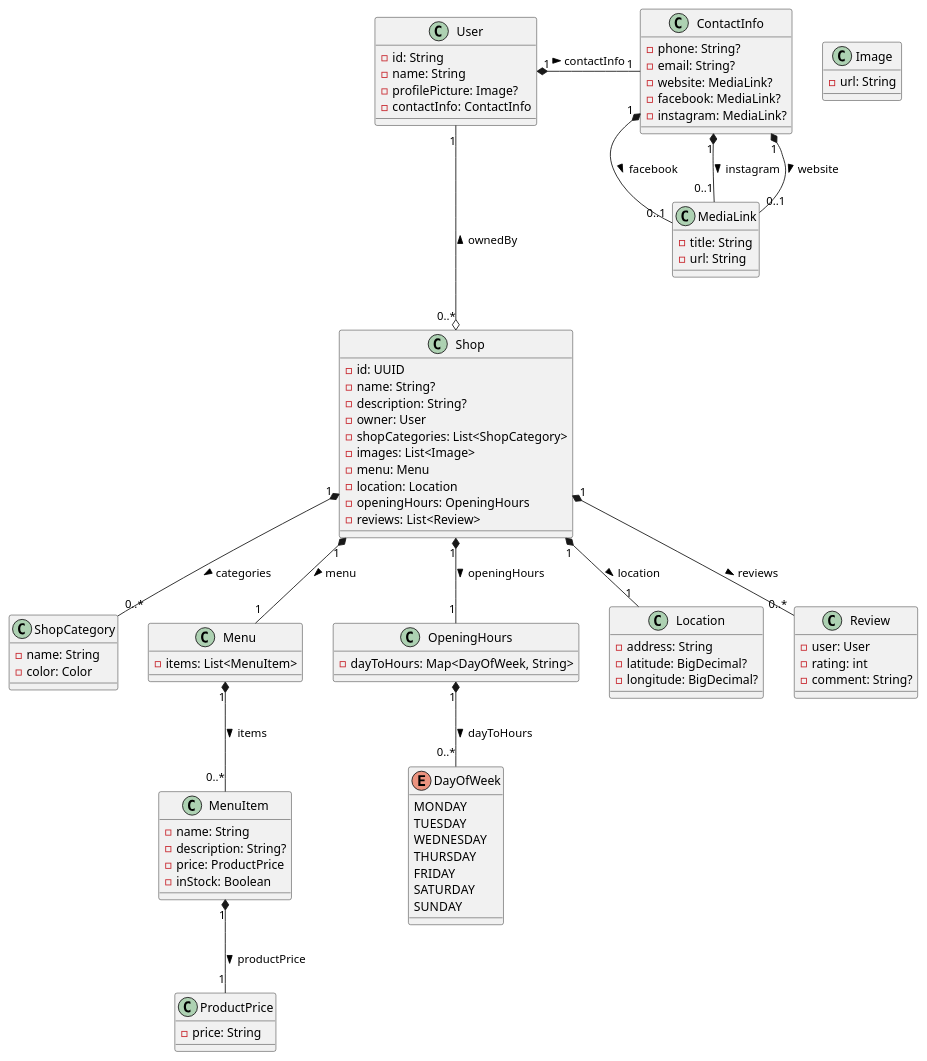
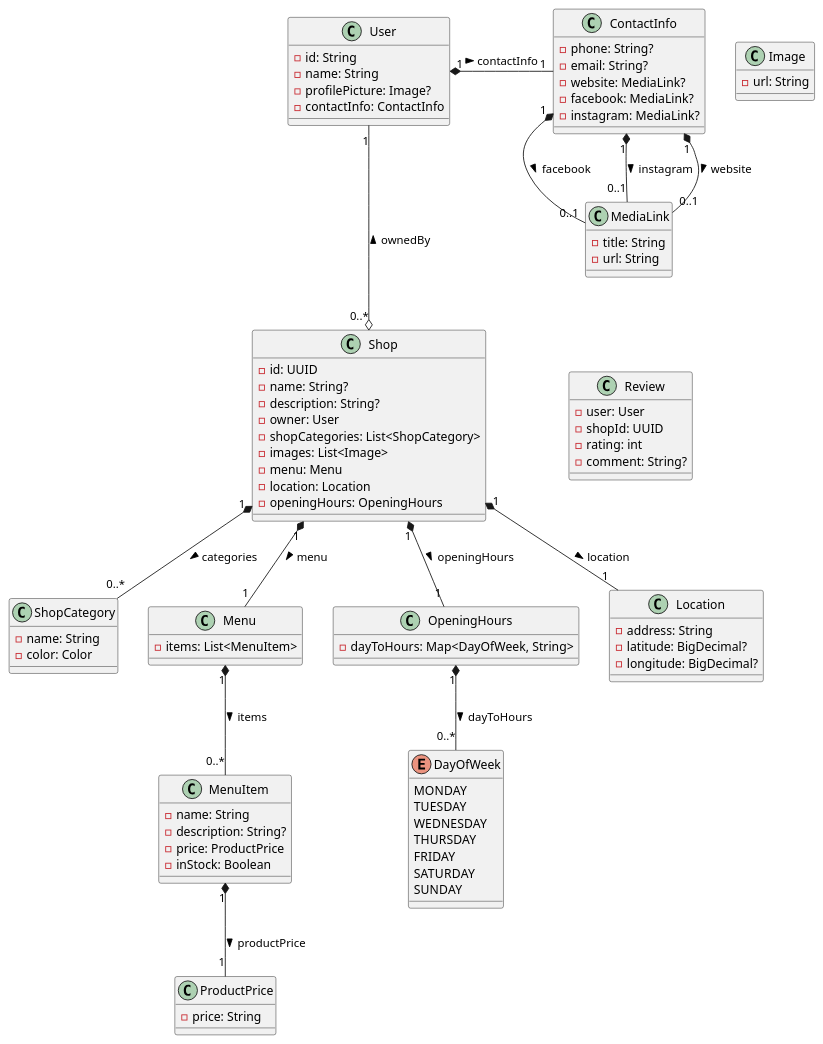
Before and after one commit to tondracek/my-farmer: the diagram in docs/diagram/class.puml, drawn with PlantUML.

Commit message:
separated review from shop

```diff
--- a/docs/diagram/class.puml
+++ b/docs/diagram/class.puml
@@ -1,127 +1,127 @@
 @startuml
 
 skinparam backgroundColor #FFFFFF
 
 class User {
     - id: String
     - name: String
     - profilePicture: Image?
     - contactInfo: ContactInfo
 }
 
 ' ----------------------------------- '
 
 class ContactInfo {
     - phone: String?
     - email: String?
     - website: MediaLink?
     - facebook: MediaLink?
     - instagram: MediaLink?
 }
 
 User "1" *- "1" ContactInfo : contactInfo >
 
 ' ----------------------------------- '
 
 class MediaLink {
     - title: String
     - url: String
 }
 
 ContactInfo "1" *-- "0..1" MediaLink : facebook >
 ContactInfo "1" *-- "0..1" MediaLink : instagram >
 ContactInfo "1" *-- "0..1" MediaLink : website >
 
 ' ----------------------------------- '
 
 class Shop {
     - id: UUID
     - name: String?
     - description: String?
     - owner: User
     - shopCategories: List<ShopCategory>
     - images: List<Image>
     - menu: Menu
     - location: Location
     - openingHours: OpeningHours
-    - reviews: List<Review>
 }
 
 User "1" ---o "0..*" Shop : ownedBy <
 
 ' ----------------------------------- '
 
 class ShopCategory {
     - name: String
     - color: Color
 }
 
 Shop "1" *-- "0..*" ShopCategory : categories >
 
 ' ----------------------------------- '
 
 class Menu {
     - items: List<MenuItem>
 }
 
 class MenuItem {
     - name: String
     - description: String?
     - price: ProductPrice
     - inStock: Boolean
 }
 
 class ProductPrice {
     - price: String
 }
 
 Shop "1" *-- "1" Menu : menu >
 Menu "1" *-- "0..*" MenuItem : items >
 MenuItem "1" *-- "1" ProductPrice : productPrice >
 
 ' ----------------------------------- '
 
 class OpeningHours {
     - dayToHours: Map<DayOfWeek, String>
 }
 
 enum DayOfWeek {
     MONDAY
     TUESDAY
     WEDNESDAY
     THURSDAY
     FRIDAY
     SATURDAY
     SUNDAY
 }
 
 Shop "1" *-- "1" OpeningHours : openingHours >
 OpeningHours "1" *-- "0..*" DayOfWeek : dayToHours >
 
 ' ----------------------------------- '
 
 class Location {
     - address: String
     - latitude: BigDecimal?
     - longitude: BigDecimal?
 }
 
 Shop "1" *-- "1" Location : location >
 
 ' ----------------------------------- '
 
 class Review {
     - user: User
+    - shopId: UUID
     - rating: int
     - comment: String?
 }
 
-Shop "1" *-- "0..*" Review : reviews >
+Shop "1" *-[hidden] "0..*" Review : reviews >
 
 ' ----------------------------------- '
 
 class Image {
     - url: String
 }
 
 @enduml
```
